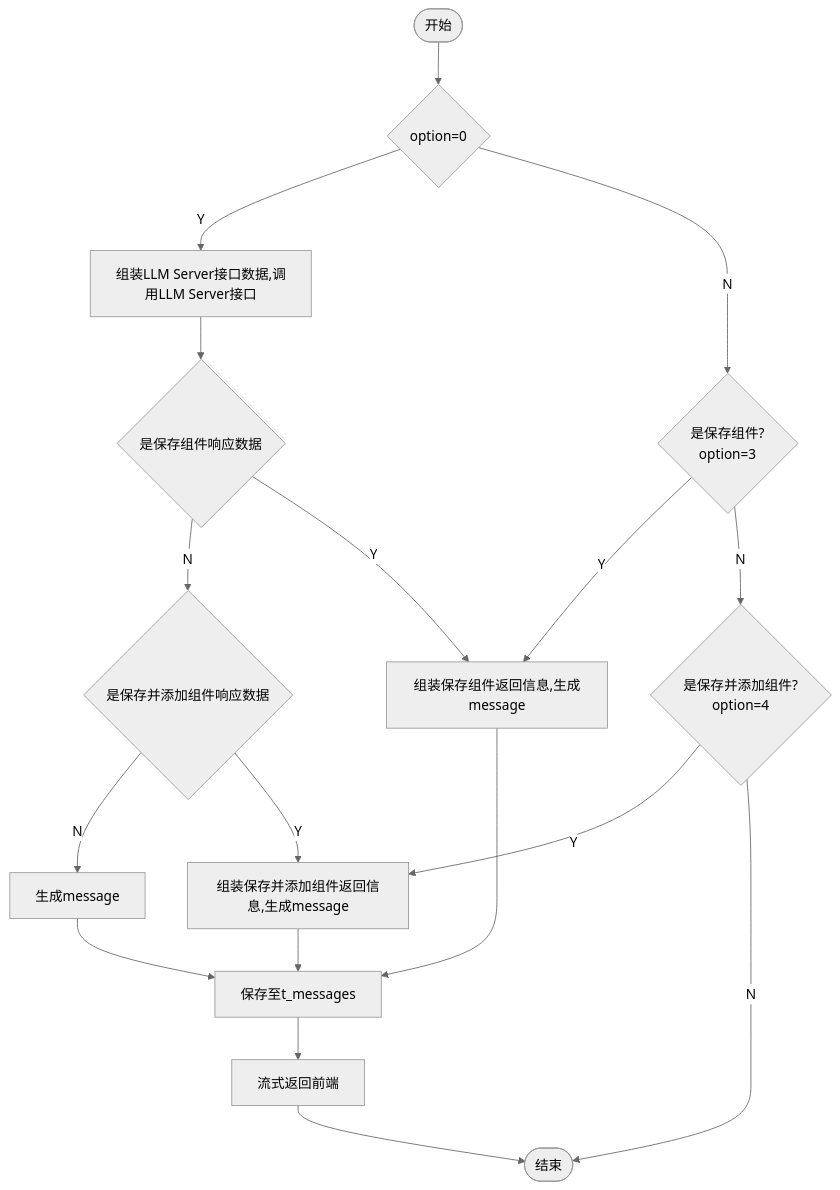
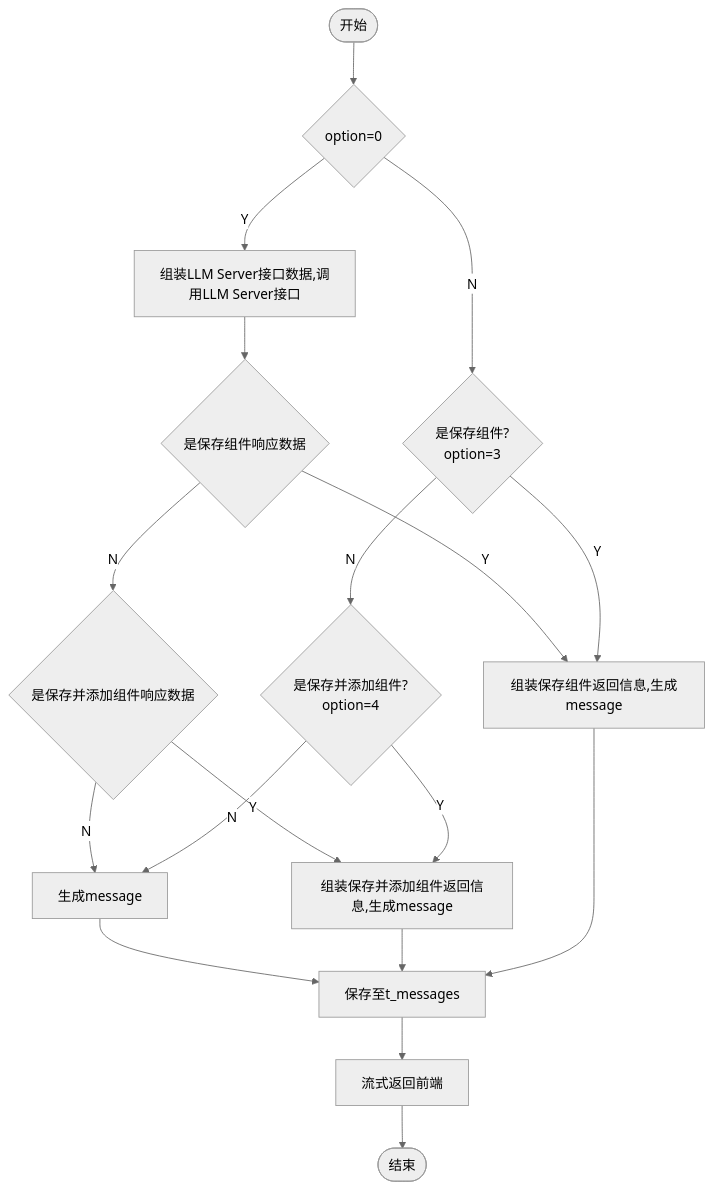
Before and after one commit to yingjianzh/iodraw-files: the diagram in all/添加保存组件.md, drawn with Mermaid (neutral theme).

Commit message:
2024-10-14 13:47:39 update

````diff
--- a/all/添加保存组件.md
+++ b/all/添加保存组件.md
@@ -1,20 +1,20 @@
 ```mermaid
 flowchart TD
     A([开始]) --> B{option=0}
     B -- Y --> C[组装LLM Server接口数据,调用LLM Server接口]
     B -- N --> D{是保存组件? \n option=3}
     E -- N --> L{是保存并添加组件响应数据}
     E -- Y --> F[组装保存组件返回信息,生成message]
     C --> E{是保存组件响应数据}
     L -- N --> R[生成message]
     R --> G
     L -- Y --> K
     D -- Y --> F
     D -- N --> J{是保存并添加组件? \n option=4}
     J -- Y --> K[组装保存并添加组件返回信息,生成message]
     K --> G
-    J -- N --> I
+    J -- N --> R
     F --> G[保存至t_messages]
     G --> H[流式返回前端]
     H --> I([结束])
 ```
````
